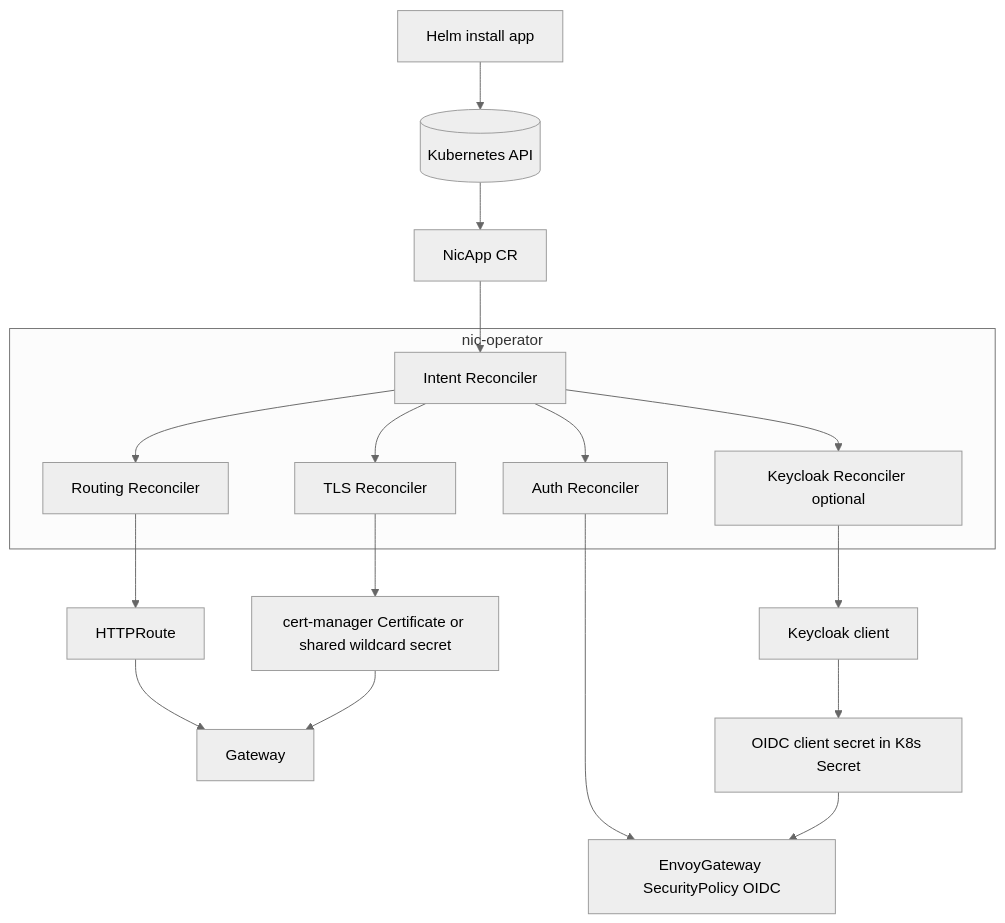
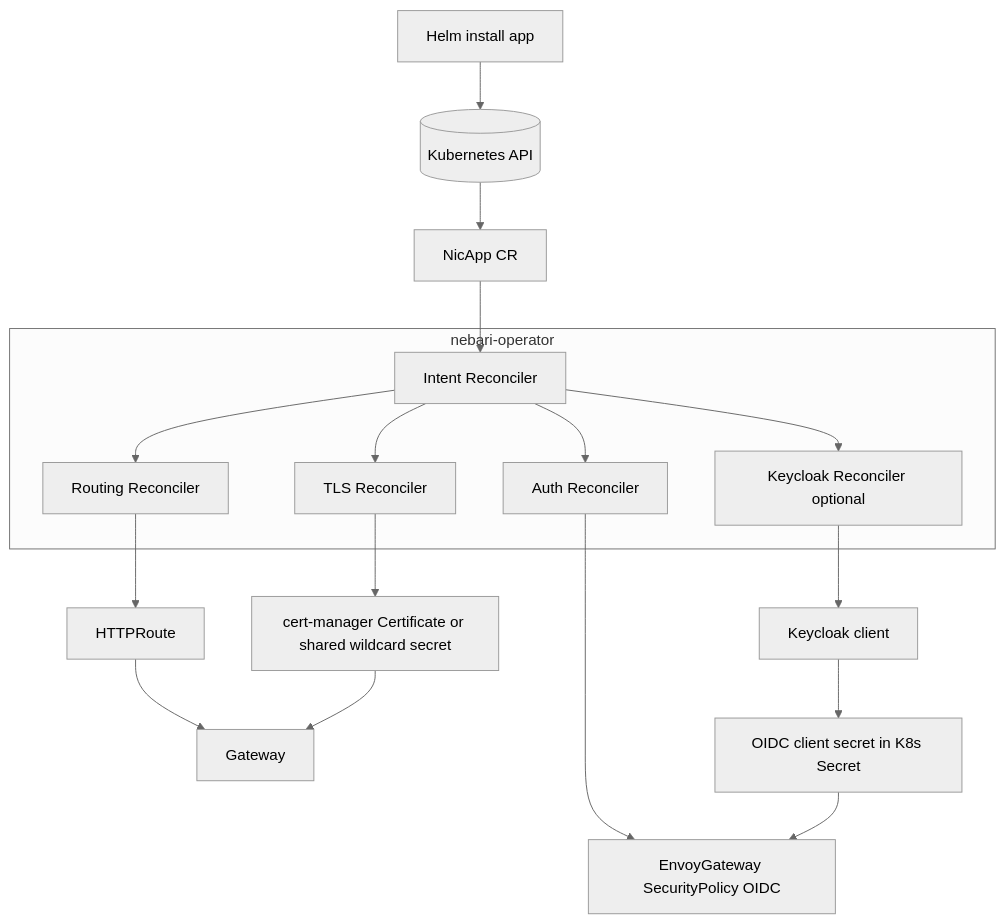
Before and after one commit to nebari-dev/nebari-operator: the diagram in README.md, drawn with Mermaid (neutral theme). The commit also changed other lines of this file and 26 other files, not shown here.

Commit message:
rename nic-operator to nebari-operator

````diff
--- a/README.md
+++ b/README.md
@@ -32,27 +31,27 @@
 ```mermaid
 flowchart TB
   Helm[Helm install app] --> K8s[(Kubernetes API)]
   K8s --> AppCR[NicApp CR]
 
-  subgraph Operator[nic-operator]
+  subgraph Operator[nebari-operator]
     D[Intent Reconciler]
     R[Routing Reconciler]
     T[TLS Reconciler]
     A[Auth Reconciler]
     K[Keycloak Reconciler optional]
   end
 
   AppCR --> D
   D --> R --> HTTPRoute[HTTPRoute]
   HTTPRoute --> Gateway[Gateway]
 
   D --> T --> Certs[cert-manager Certificate or shared wildcard secret]
   Certs --> Gateway
 
   D --> A --> SecPol[EnvoyGateway SecurityPolicy OIDC]
   Secret[OIDC client secret in K8s Secret] --> SecPol
 
   D --> K --> KC[Keycloak client]
   KC --> Secret
 
 ```
````
